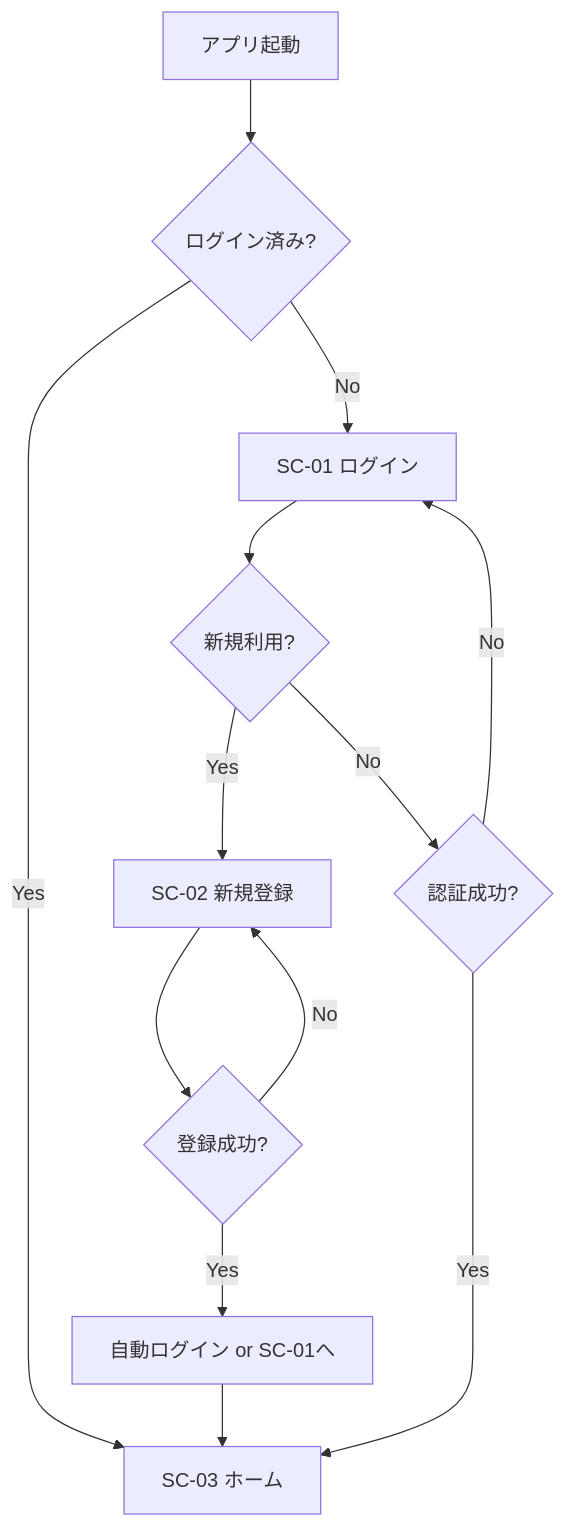
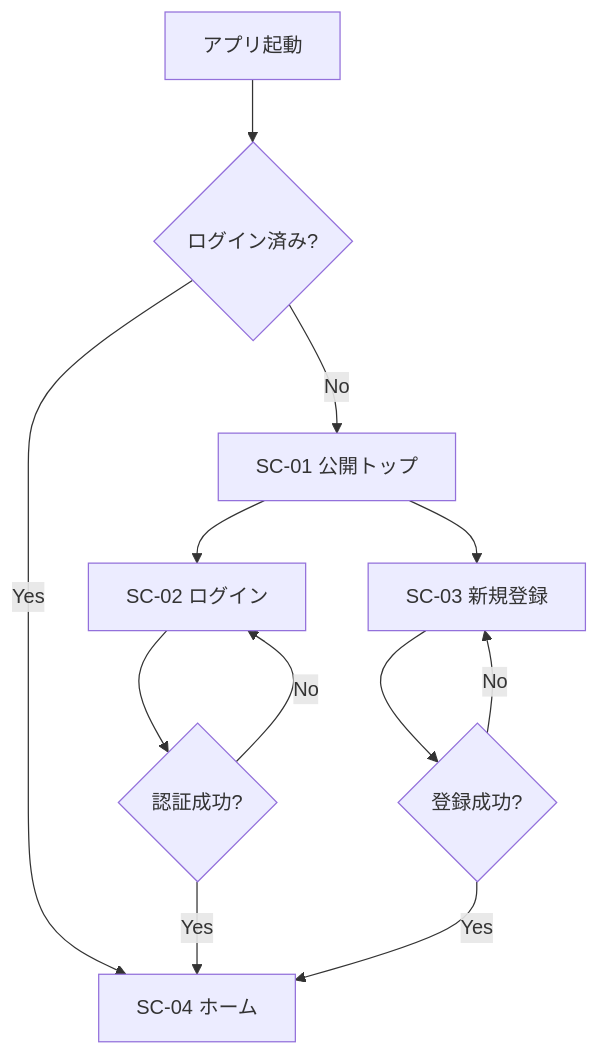
Before and after one commit to ryoga0/Calendar: the second of 8 diagrams in docs/04_画面フロー図.md, drawn with Mermaid. The commit also changed other lines of this file and 50 other files, not shown here.

````diff
--- a/docs/04_画面フロー図.md
+++ b/docs/04_画面フロー図.md
@@ -53,15 +51,14 @@
 ```mermaid
 flowchart TD
   A[アプリ起動] --> B{ログイン済み?}
-  B -->|Yes| H[SC-03 ホーム]
-  B -->|No| C[SC-01 ログイン]
-  C --> D{新規利用?}
-  D -->|Yes| E[SC-02 新規登録]
-  E --> F{登録成功?}
-  F -->|No| E
-  F -->|Yes| G[自動ログイン or SC-01へ]
-  G --> H
-  D -->|No| I{認証成功?}
-  I -->|No| C
-  I -->|Yes| H
+  B -->|Yes| C[SC-04 ホーム]
+  B -->|No| D[SC-01 公開トップ]
+  D --> E[SC-02 ログイン]
+  D --> F[SC-03 新規登録]
+  E --> G{認証成功?}
+  G -->|Yes| C
+  G -->|No| E
+  F --> H{登録成功?}
+  H -->|Yes| C
+  H -->|No| F
 ```
````
